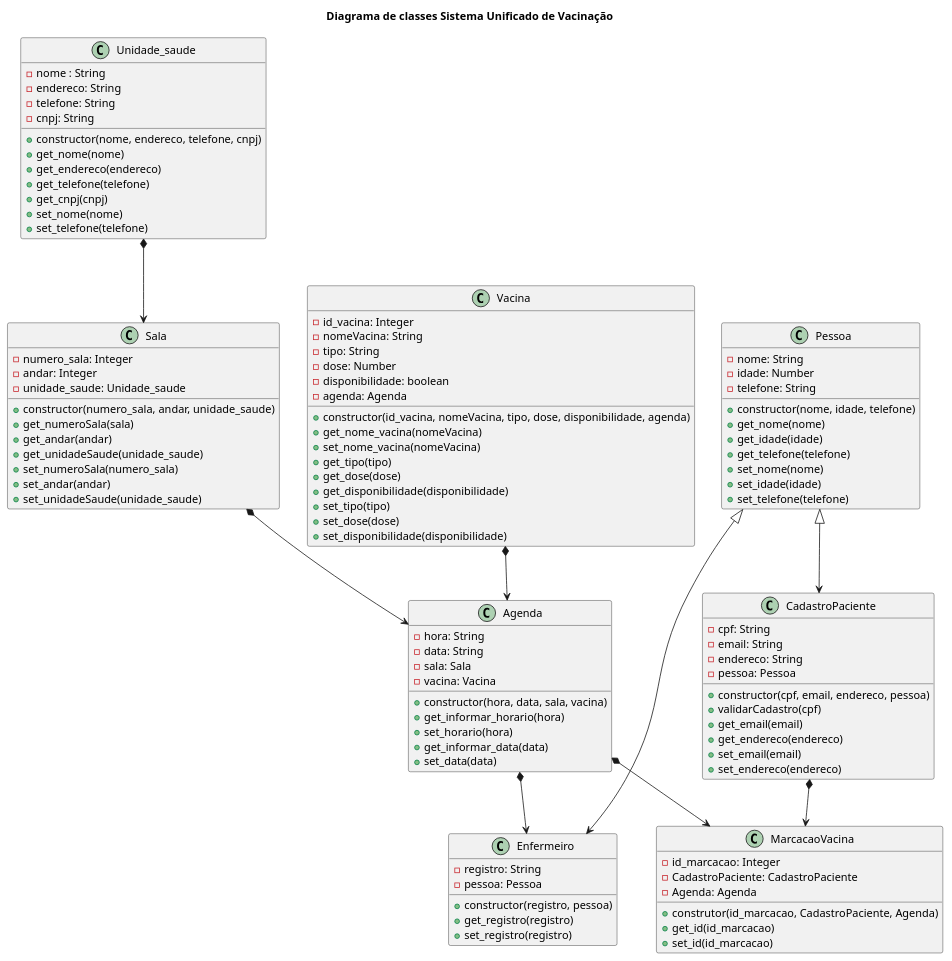
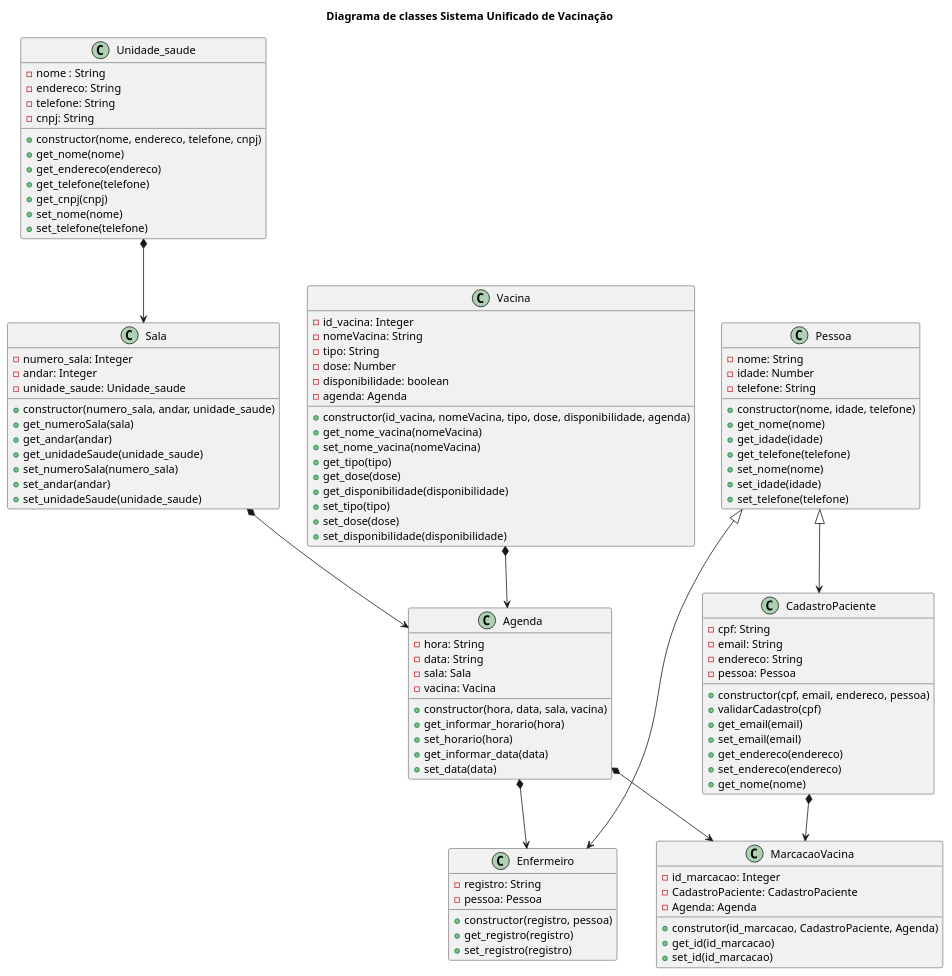
One commit to anleaes/2022-1-N2-POO-01 changed the diagram in diagrama_classe.plantuml. Above: the diagram before and after it, drawn with PlantUML.

Commit message:
atualizacao classe CadastroPaciente

```diff
--- a/diagrama_classe.plantuml
+++ b/diagrama_classe.plantuml
@@ -1,115 +1,116 @@
 @startuml diagrama_classe
 
 title Diagrama de classes Sistema Unificado de Vacinação
 
 class Unidade_saude{
     - nome : String
     - endereco: String
     - telefone: String
     - cnpj: String
     + constructor(nome, endereco, telefone, cnpj)
     + get_nome(nome)
     + get_endereco(endereco)
     + get_telefone(telefone)
     + get_cnpj(cnpj)
     + set_nome(nome)
     + set_telefone(telefone)
 }
 
 class Sala{
     - numero_sala: Integer
     - andar: Integer
     - unidade_saude: Unidade_saude 
     + constructor(numero_sala, andar, unidade_saude)
     + get_numeroSala(sala)
     + get_andar(andar)
     + get_unidadeSaude(unidade_saude)
     + set_numeroSala(numero_sala)
     + set_andar(andar)
     + set_unidadeSaude(unidade_saude)
 }
 
 class Agenda{
     - hora: String
     - data: String
     - sala: Sala
     - vacina: Vacina
     + constructor(hora, data, sala, vacina)
     + get_informar_horario(hora)
     + set_horario(hora)
     + get_informar_data(data)
     + set_data(data)
 }
 
 
 Class Vacina{
     - id_vacina: Integer
     - nomeVacina: String
     - tipo: String
     - dose: Number
     - disponibilidade: boolean
     - agenda: Agenda
     + constructor(id_vacina, nomeVacina, tipo, dose, disponibilidade, agenda)
     + get_nome_vacina(nomeVacina)
     + set_nome_vacina(nomeVacina)
     + get_tipo(tipo)
     + get_dose(dose)
     + get_disponibilidade(disponibilidade)
     + set_tipo(tipo)
     + set_dose(dose)
     + set_disponibilidade(disponibilidade)
 }
 
 class Pessoa{
     - nome: String
     - idade: Number
     - telefone: String
     + constructor(nome, idade, telefone)
     + get_nome(nome)
     + get_idade(idade)
     + get_telefone(telefone)
     + set_nome(nome)
     + set_idade(idade)
     + set_telefone(telefone)
 }
 
 class CadastroPaciente {
     - cpf: String
     - email: String
     - endereco: String
     - pessoa: Pessoa
     + constructor(cpf, email, endereco, pessoa)
     + validarCadastro(cpf)
     + get_email(email)
+    + set_email(email)
     + get_endereco(endereco)
-    + set_email(email)
     + set_endereco(endereco)
+    + get_nome(nome)
 }
 
 class Enfermeiro {
     - registro: String
     - pessoa: Pessoa
     + constructor(registro, pessoa)
     + get_registro(registro)
     + set_registro(registro)
 }
 
 class MarcacaoVacina{
     - id_marcacao: Integer
     - CadastroPaciente: CadastroPaciente
     - Agenda: Agenda
     + construtor(id_marcacao, CadastroPaciente, Agenda)
     + get_id(id_marcacao)
     + set_id(id_marcacao)
 }
 
 Pessoa <|--> CadastroPaciente
 Pessoa <|--> Enfermeiro
 Unidade_saude *--> Sala
 Sala *--> Agenda
 Vacina *--> Agenda
 Agenda *--> Enfermeiro
 CadastroPaciente *--> MarcacaoVacina
 Agenda *--> MarcacaoVacina
 
 @enduml
```
